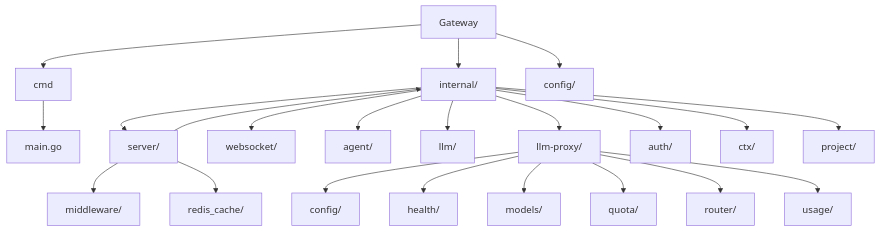
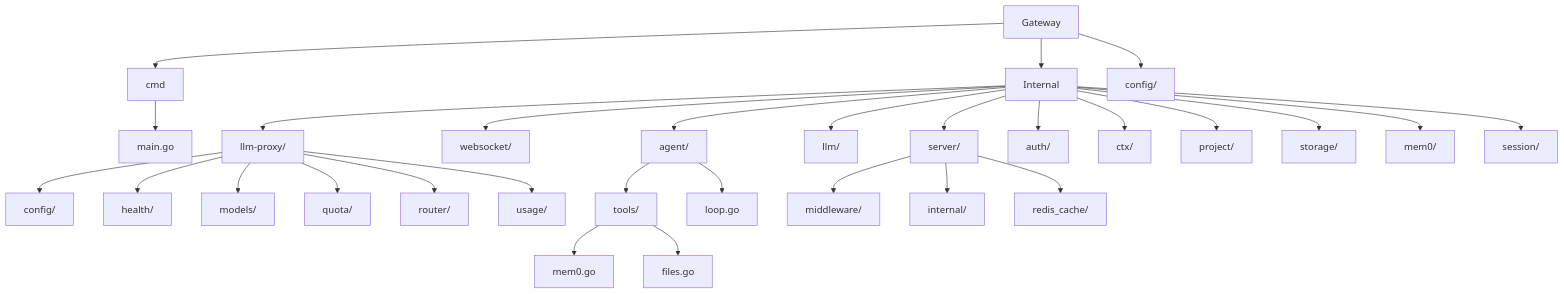
The second of 2 diagrams in docs/README.md (radch-ai/ava), drawn with Mermaid before and after one commit. The commit also changed other lines of this file and 7 other files, not shown here.

First line of the commit message:
docs: regenerate documentation for multi-agent storage architecture

````diff
--- a/docs/README.md
+++ b/docs/README.md
@@ -78,30 +111,39 @@
 ```mermaid
 flowchart TB
     Gateway[Gateway]
 
     Gateway --> CMD[cmd]
     Gateway --> Internal
     Gateway --> Config[config/]
 
     CMD --> Main[main.go]
 
     Internal --> Server[server/]
     Internal --> WebSocket[websocket/]
     Internal --> Agent[agent/]
     Internal --> LLM[llm/]
     Internal --> LLMProxy[llm-proxy/]
     Internal --> Auth[auth/]
     Internal --> Ctx[ctx/]
     Internal --> Project[project/]
+    Internal --> Storage[storage/]
+    Internal --> Mem0[mem0/]
+    Internal --> Session[session/]
 
     LLMProxy --> PConfig[config/]
     LLMProxy --> PHealth[health/]
     LLMProxy --> PModels[models/]
     LLMProxy --> PQuota[quota/]
     LLMProxy --> PRouter[router/]
     LLMProxy --> PUsage[usage/]
 
+    Agent --> ATools[tools/]
+    Agent --> ALoop[loop.go]
+
     Server --> Middleware[middleware/]
-    Server --> Internal[internal/]
+    Server --> SInternal[internal/]
     Server --> Cache[redis_cache/]
+
+    ATools --> Mem0Tools[mem0.go]
+    ATools --> FileTools[files.go]
 ```
````
